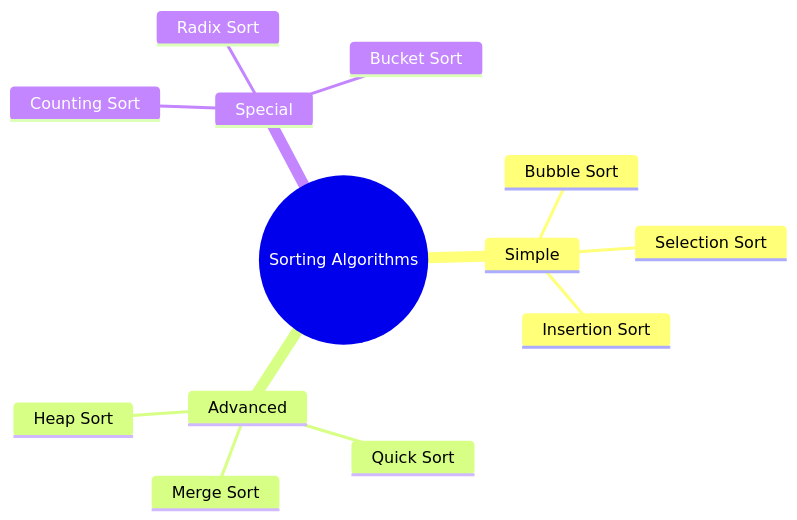
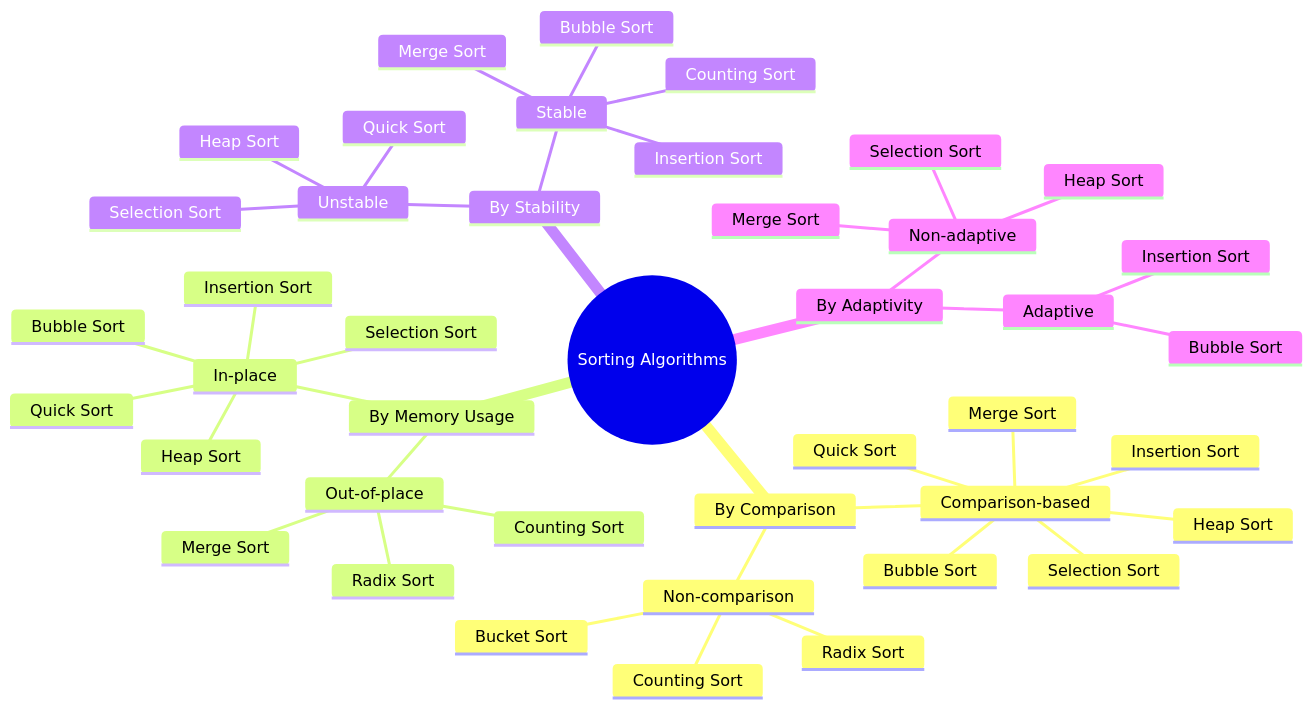
One commit to kivi98/study-buddy changed the diagram in docs/data-structures-and-algorithms/sorting.md. Above: the diagram before and after it, drawn with Mermaid. The commit also changed other lines of this file and 33 other files, not shown here.

````diff
--- a/docs/data-structures-and-algorithms/sorting.md
+++ b/docs/data-structures-and-algorithms/sorting.md
@@ -11,16 +30,45 @@
 ```mermaid
 mindmap
     root((Sorting Algorithms))
-        Simple
-            Bubble Sort
-            Selection Sort
-            Insertion Sort
-        Advanced
-            Quick Sort
-            Merge Sort
-            Heap Sort
-        Special
-            Counting Sort
-            Radix Sort
-            Bucket Sort
+        By Comparison
+            Comparison-based
+                Bubble Sort
+                Selection Sort
+                Insertion Sort
+                Quick Sort
+                Merge Sort
+                Heap Sort
+            Non-comparison
+                Counting Sort
+                Radix Sort
+                Bucket Sort
+        By Memory Usage
+            In-place
+                Bubble Sort
+                Selection Sort
+                Insertion Sort
+                Quick Sort
+                Heap Sort
+            Out-of-place
+                Merge Sort
+                Counting Sort
+                Radix Sort
+        By Stability
+            Stable
+                Bubble Sort
+                Insertion Sort
+                Merge Sort
+                Counting Sort
+            Unstable
+                Selection Sort
+                Quick Sort
+                Heap Sort
+        By Adaptivity
+            Adaptive
+                Insertion Sort
+                Bubble Sort
+            Non-adaptive
+                Selection Sort
+                Heap Sort
+                Merge Sort
 ```
````
